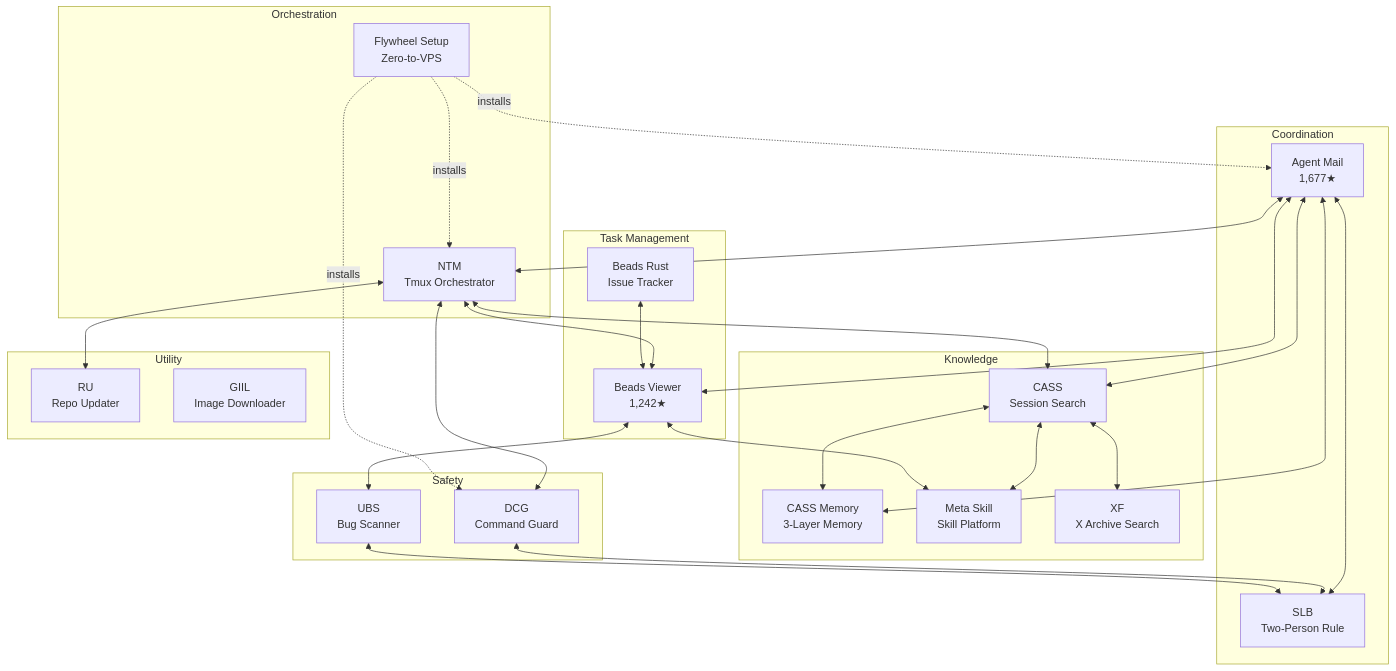
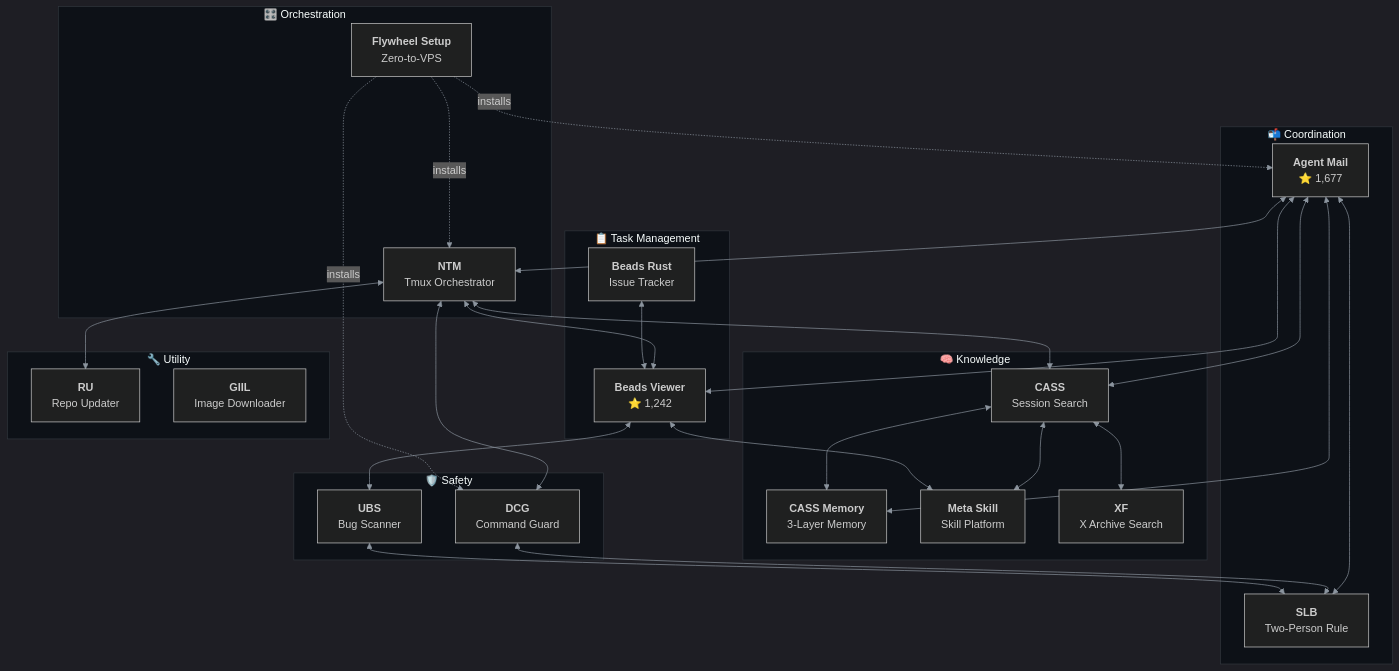
The diagram in README.md (Dicklesworthstone/Dicklesworthstone), drawn with Mermaid before and after one commit. The commit also changed other lines of this file and 2 other files, not shown here.

````diff
--- a/README.md
+++ b/README.md
@@ -33,60 +51,61 @@
 ```mermaid
+%%{init: {'theme': 'dark', 'themeVariables': { 'primaryColor': '#58a6ff', 'primaryTextColor': '#c9d1d9', 'primaryBorderColor': '#30363d', 'lineColor': '#8b949e', 'secondaryColor': '#21262d', 'tertiaryColor': '#161b22', 'clusterBkg': '#0d1117', 'clusterBorder': '#30363d' }}}%%
 graph TD
-    subgraph orchestration["Orchestration"]
-        NTM["NTM<br/>Tmux Orchestrator"]
-        ACFS["Flywheel Setup<br/>Zero-to-VPS"]
+    subgraph orchestration["🎛️ Orchestration"]
+        NTM["<b>NTM</b><br/>Tmux Orchestrator"]
+        ACFS["<b>Flywheel Setup</b><br/>Zero-to-VPS"]
     end
 
-    subgraph coordination["Coordination"]
-        MAIL["Agent Mail<br/>1,677★"]
-        SLB["SLB<br/>Two-Person Rule"]
+    subgraph coordination["📬 Coordination"]
+        MAIL["<b>Agent Mail</b><br/>⭐ 1,677"]
+        SLB["<b>SLB</b><br/>Two-Person Rule"]
     end
 
-    subgraph knowledge["Knowledge"]
-        CASS["CASS<br/>Session Search"]
-        CM["CASS Memory<br/>3-Layer Memory"]
-        MS["Meta Skill<br/>Skill Platform"]
-        XF["XF<br/>X Archive Search"]
+    subgraph knowledge["🧠 Knowledge"]
+        CASS["<b>CASS</b><br/>Session Search"]
+        CM["<b>CASS Memory</b><br/>3-Layer Memory"]
+        MS["<b>Meta Skill</b><br/>Skill Platform"]
+        XF["<b>XF</b><br/>X Archive Search"]
     end
 
-    subgraph tasks["Task Management"]
-        BV["Beads Viewer<br/>1,242★"]
-        BR["Beads Rust<br/>Issue Tracker"]
+    subgraph tasks["📋 Task Management"]
+        BV["<b>Beads Viewer</b><br/>⭐ 1,242"]
+        BR["<b>Beads Rust</b><br/>Issue Tracker"]
     end
 
-    subgraph safety["Safety"]
-        DCG["DCG<br/>Command Guard"]
-        UBS["UBS<br/>Bug Scanner"]
+    subgraph safety["🛡️ Safety"]
+        DCG["<b>DCG</b><br/>Command Guard"]
+        UBS["<b>UBS</b><br/>Bug Scanner"]
     end
 
-    subgraph utility["Utility"]
-        RU["RU<br/>Repo Updater"]
-        GIIL["GIIL<br/>Image Downloader"]
+    subgraph utility["🔧 Utility"]
+        RU["<b>RU</b><br/>Repo Updater"]
+        GIIL["<b>GIIL</b><br/>Image Downloader"]
     end
 
     MAIL <--> NTM
     MAIL <--> BV
     MAIL <--> CASS
     MAIL <--> CM
     MAIL <--> SLB
 
     NTM <--> CASS
     NTM <--> BV
     NTM <--> DCG
     NTM <--> RU
 
     CASS <--> CM
     CASS <--> MS
     CASS <--> XF
 
     BV <--> UBS
     BV <--> MS
     BR <--> BV
 
     DCG <--> SLB
     UBS <--> SLB
 
     ACFS -.->|installs| NTM
     ACFS -.->|installs| MAIL
     ACFS -.->|installs| DCG
 ```
````
